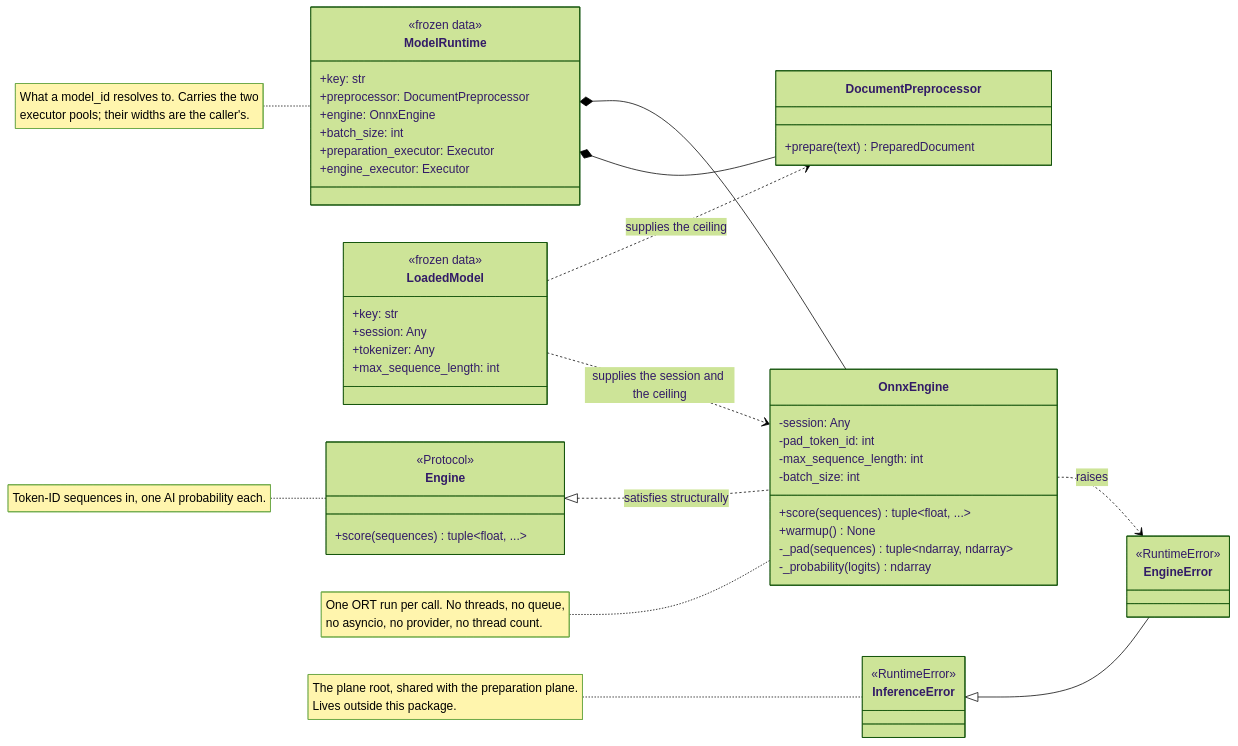
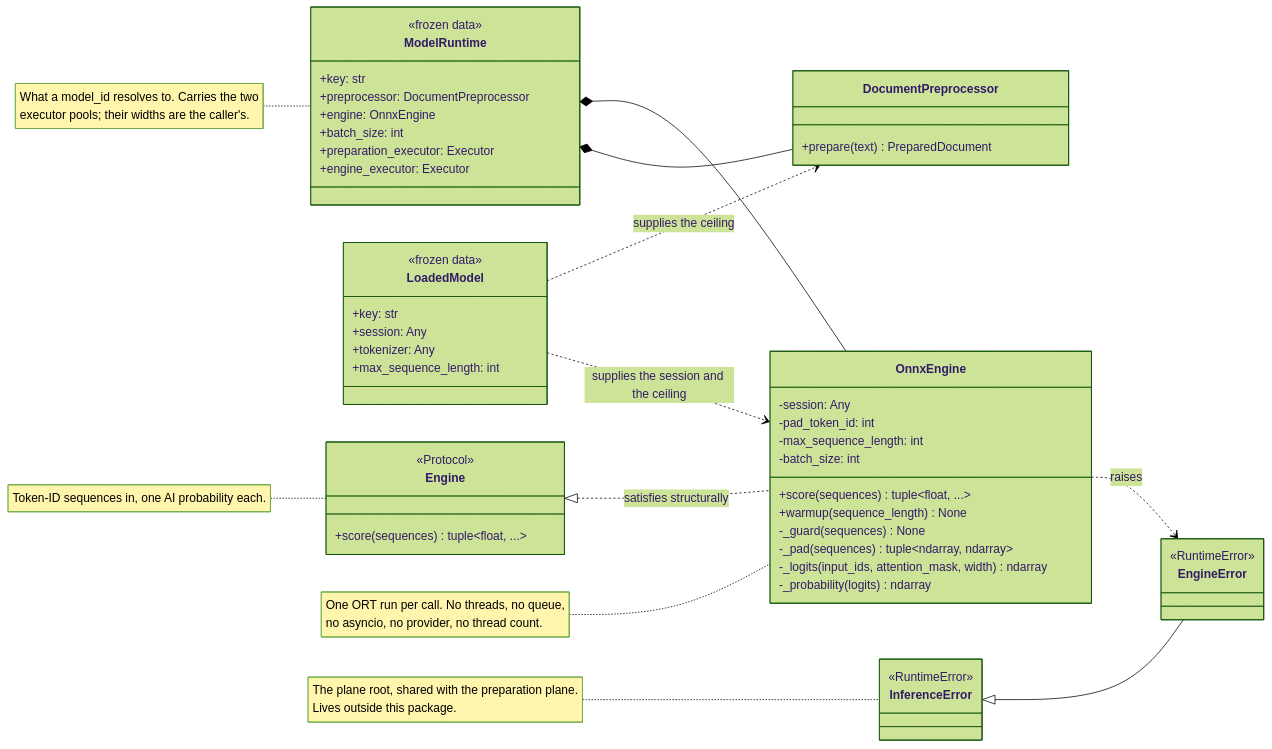
Before and after one commit to kunalPisolkar24/detectAI: the first of 6 diagrams in services/inference/specifications/references/inference-engine.md, drawn with Mermaid (forest theme). The commit also changed other lines of this file and 8 other files, not shown here.

````diff
--- a/services/inference/specifications/references/inference-engine.md
+++ b/services/inference/specifications/references/inference-engine.md
@@ -349,63 +359,65 @@
 ```mermaid
 classDiagram
     direction LR
 
     class Engine {
         <<Protocol>>
         +score(sequences) tuple~float, ...~
     }
 
     class OnnxEngine {
         -session: Any
         -pad_token_id: int
         -max_sequence_length: int
         -batch_size: int
         +score(sequences) tuple~float, ...~
-        +warmup() None
+        +warmup(sequence_length) None
+        -_guard(sequences) None
         -_pad(sequences) tuple~ndarray, ndarray~
+        -_logits(input_ids, attention_mask, width) ndarray
         -_probability(logits) ndarray
     }
 
     class EngineError {
         <<RuntimeError>>
     }
 
     class InferenceError {
         <<RuntimeError>>
     }
 
     class LoadedModel {
         <<frozen data>>
         +key: str
         +session: Any
         +tokenizer: Any
         +max_sequence_length: int
     }
 
     class DocumentPreprocessor {
         +prepare(text) PreparedDocument
     }
 
     class ModelRuntime {
         <<frozen data>>
         +key: str
         +preprocessor: DocumentPreprocessor
         +engine: OnnxEngine
         +batch_size: int
         +preparation_executor: Executor
         +engine_executor: Executor
     }
 
     Engine <|.. OnnxEngine : satisfies structurally
     OnnxEngine ..> EngineError : raises
     InferenceError <|-- EngineError
     LoadedModel ..> OnnxEngine : supplies the session and the ceiling
     LoadedModel ..> DocumentPreprocessor : supplies the ceiling
     ModelRuntime *-- DocumentPreprocessor
     ModelRuntime *-- OnnxEngine
 
     note for Engine "Token-ID sequences in, one AI probability each."
     note for OnnxEngine "One ORT run per call. No threads, no queue,<br/>no asyncio, no provider, no thread count."
     note for InferenceError "The plane root, shared with the preparation plane.<br/>Lives outside this package."
     note for ModelRuntime "What a model_id resolves to. Carries the two<br/>executor pools; their widths are the caller's."
 ```
````
